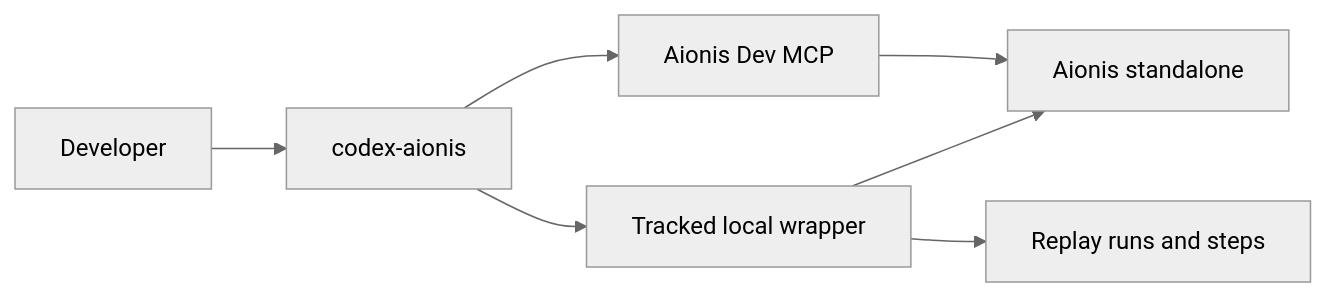
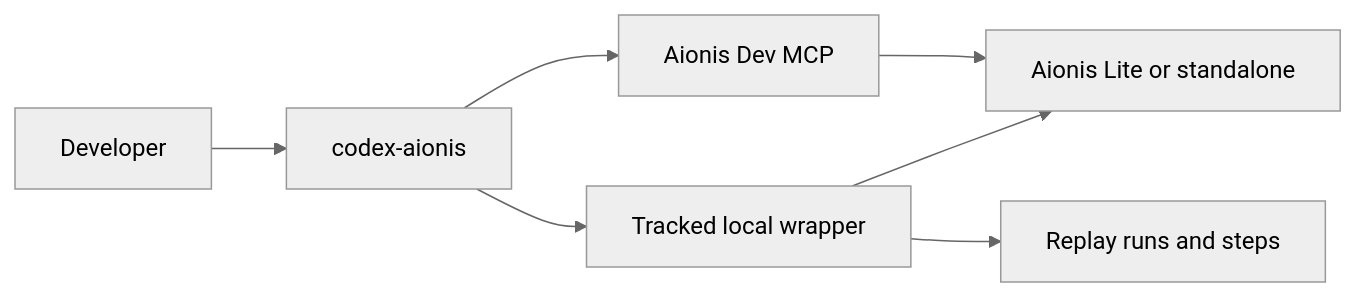
Before and after one commit to Cognary/Aionis: the diagram in docs-site/docs/guide/codex-local-profile.md, drawn with Mermaid (neutral theme). The commit also changed other lines of this file and 9 other files, not shown here.

````diff
--- a/docs-site/docs/guide/codex-local-profile.md
+++ b/docs-site/docs/guide/codex-local-profile.md
@@ -66,9 +65,9 @@
 ```mermaid
 flowchart LR
   U["Developer"] --> C["codex-aionis"]
   C --> M["Aionis Dev MCP"]
   C --> W["Tracked local wrapper"]
-  M --> A["Aionis standalone"]
+  M --> A["Aionis Lite or standalone"]
   W --> A
   W --> R["Replay runs and steps"]
 ```
````
